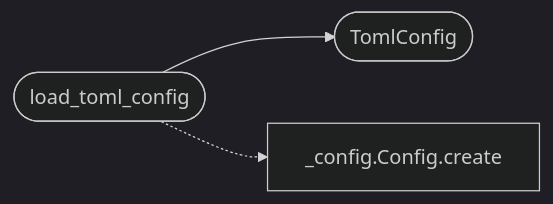
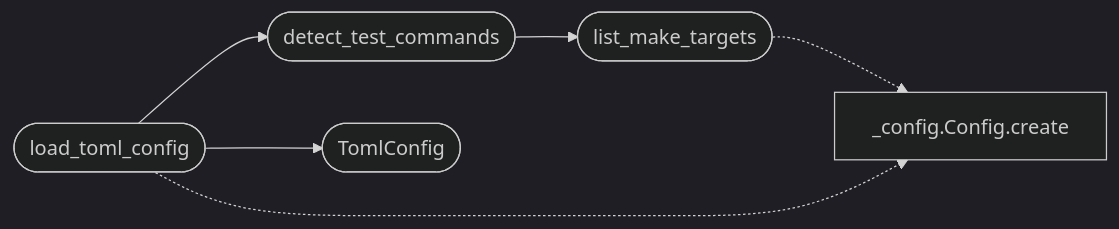
One commit to grisuno/deploynator changed the diagram in readmenator-apidocs/modules/deploynator._toml.py.md. Above: the diagram before and after it, drawn with Mermaid (dark theme). The commit also changed other lines of this file and 82 other files, not shown here.

````diff
--- a/readmenator-apidocs/modules/deploynator._toml.py.md
+++ b/readmenator-apidocs/modules/deploynator._toml.py.md
@@ -15,8 +15,13 @@
 ```mermaid
 flowchart LR
+    n_deploynator__toml_py__detect_test_commands(["detect_test_commands"])
+    n_deploynator__toml_py__list_make_targets(["list_make_targets"])
     n_deploynator__toml_py__load_toml_config(["load_toml_config"])
     n_deploynator__toml_py__TomlConfig(["TomlConfig"])
     n_deploynator__config_py__Config_create["_config.Config.create"]
+    n_deploynator__toml_py__detect_test_commands --> n_deploynator__toml_py__list_make_targets
     n_deploynator__toml_py__load_toml_config --> n_deploynator__toml_py__TomlConfig
+    n_deploynator__toml_py__load_toml_config --> n_deploynator__toml_py__detect_test_commands
+    n_deploynator__toml_py__list_make_targets -.-> n_deploynator__config_py__Config_create
     n_deploynator__toml_py__load_toml_config -.-> n_deploynator__config_py__Config_create
 ```
````
